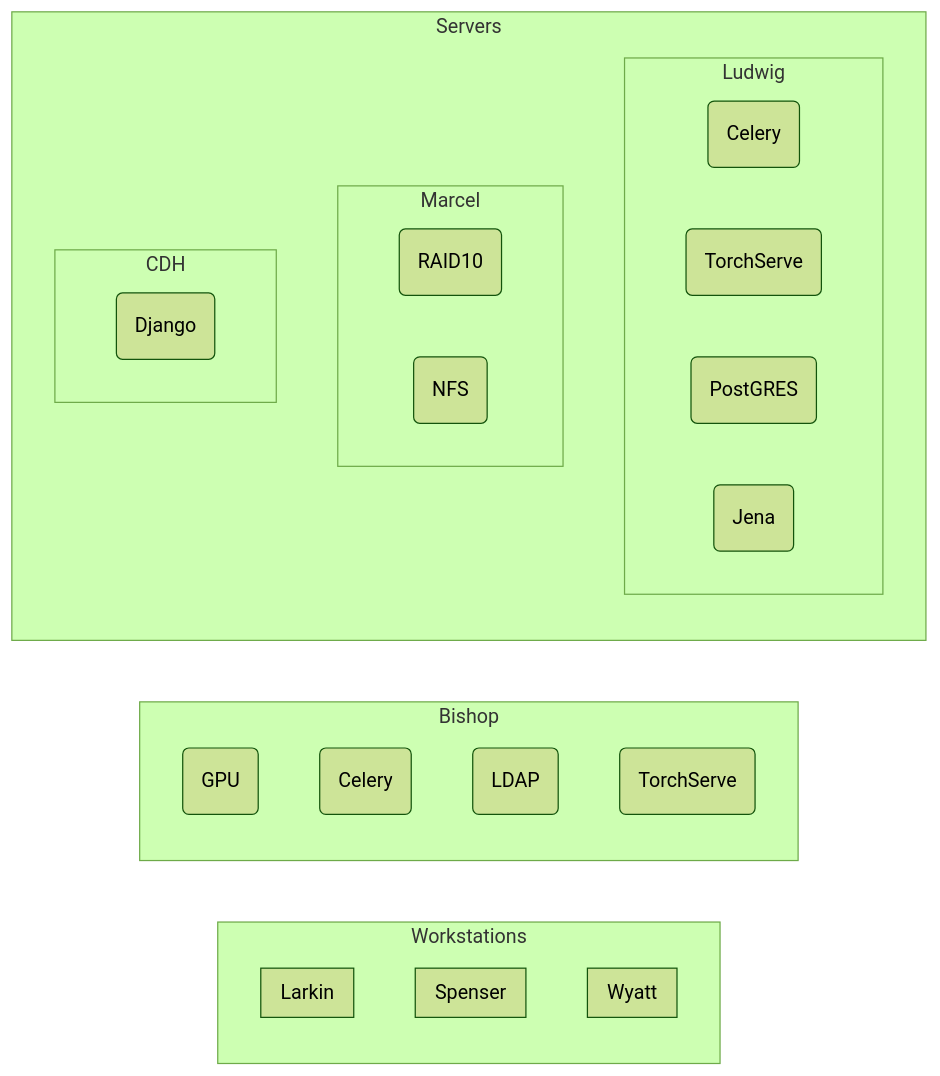
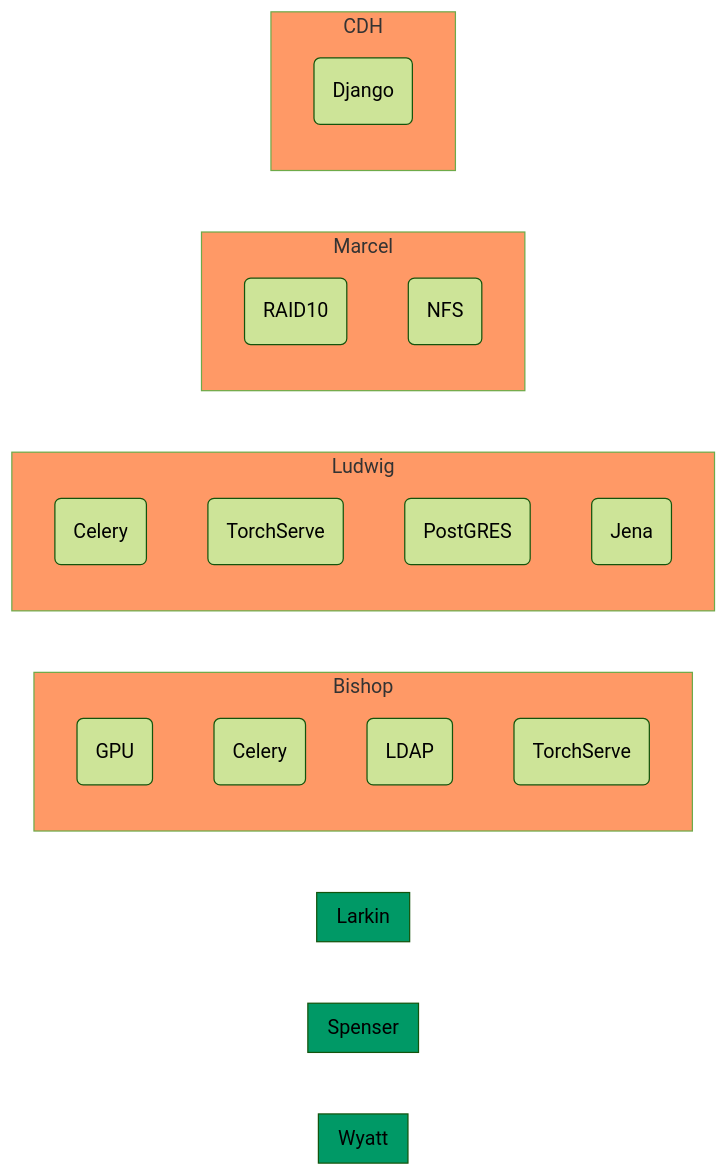
One commit to comp-int-hum/cdh-domain changed the diagram in README.md. Above: the diagram before and after it, drawn with Mermaid (forest theme).

````diff
--- a/README.md
+++ b/README.md
@@ -5,32 +5,32 @@
 ```mermaid
 flowchart LR
-  subgraph Workstations
-    subgraph Wyatt
-    end
-    subgraph Spenser
-    end
-    subgraph Larkin
-    end
+  subgraph Wyatt
+  end
+  subgraph Spenser
+  end
+  subgraph Larkin
   end
   subgraph Bishop
-      gpu(GPU)
-      celery(Celery)
-      ldap(LDAP)
-      torchserve(TorchServe)
+    gpu(GPU)
+    celery(Celery)
+    ldap(LDAP)
+    torchserve(TorchServe)
   end
-  subgraph Servers
-    subgraph Ludwig
-      celerydev(Celery)
-      torchservedev(TorchServe)
-      postgres(PostGRES)
-      jena(Jena)
-    end
-    subgraph Marcel
-      raid(RAID10)
-      nfs(NFS)
-    end
-    subgraph CDH
-      django(Django)
-    end
+  subgraph Ludwig
+    celerydev(Celery)
+    torchservedev(TorchServe)
+    postgres(PostGRES)
+    jena(Jena)
   end
+  subgraph Marcel
+    raid(RAID10)
+    nfs(NFS)
+  end
+  subgraph CDH
+    django(Django)
+  end
+  classDef servers fill:#f96;
+  classDef workstations fill:#096;
+  class Bishop,Ludwig,Marcel,CDH servers;
+  class Larkin,Wyatt,Spenser workstations;
 ```
````
